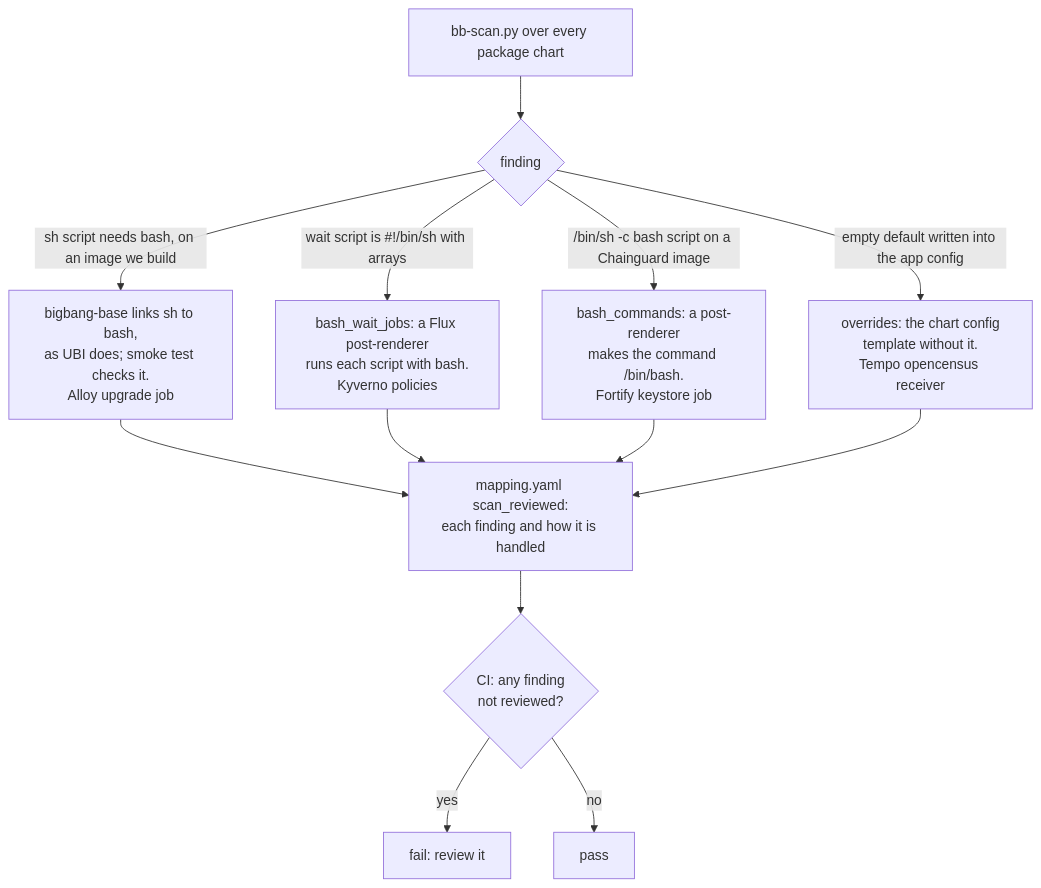
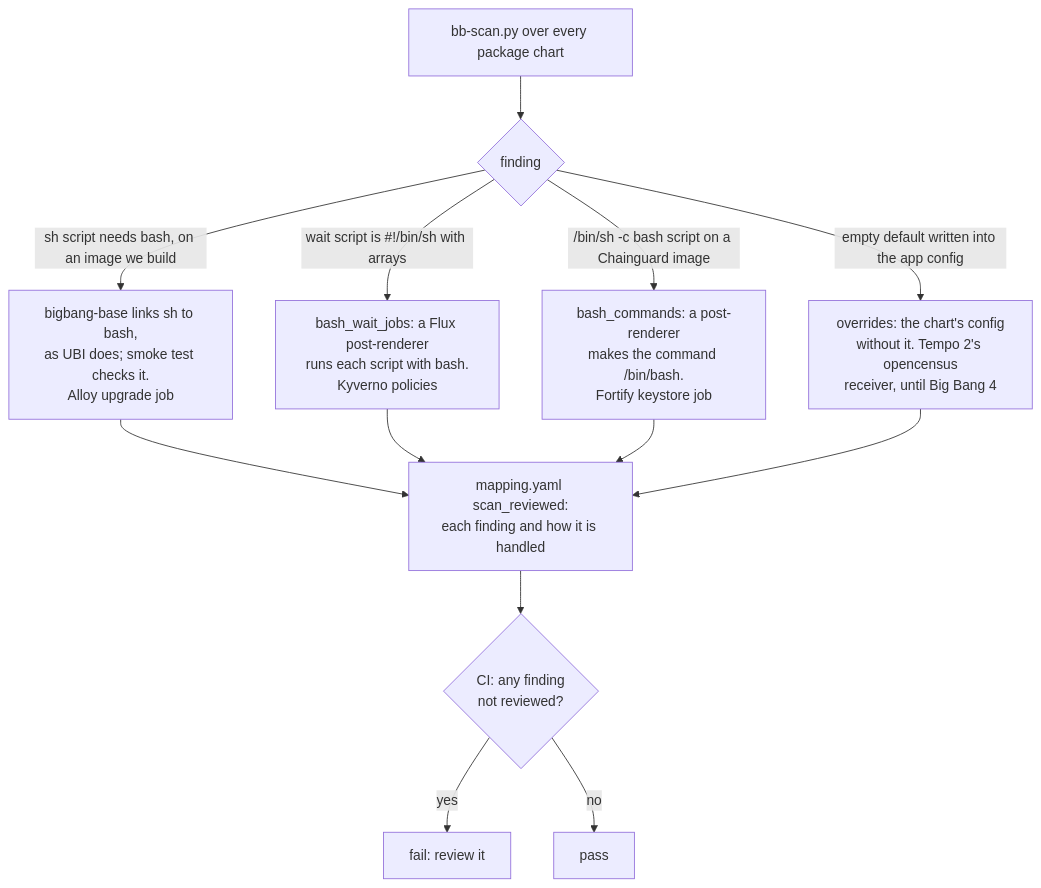
Before and after one commit to Zapata-Technology/bigbang-chainguard: the ninth of 9 diagrams in docs/architecture.md, drawn with Mermaid. The commit also changed other lines of this file, not shown here.

First line of the commit message:
architecture: seven builds, kubectl's min_version reason, Tempo workaround gone

````diff
--- a/docs/architecture.md
+++ b/docs/architecture.md
@@ -346,12 +348,12 @@
 ```mermaid
 flowchart TD
     SC[bb-scan.py over every package chart] --> Q{finding}
     Q -->|"sh script needs bash, on an image we build"| B1["bigbang-base links sh to bash,<br/>as UBI does; smoke test checks it.<br/>Alloy upgrade job"]
     Q -->|"wait script is #35;!/bin/sh with arrays"| B2[bash_wait_jobs: a Flux post-renderer<br/>runs each script with bash.<br/>Kyverno policies]
     Q -->|"/bin/sh -c bash script on a Chainguard image"| B3["bash_commands: a post-renderer<br/>makes the command /bin/bash.<br/>Fortify keystore job"]
-    Q -->|"empty default written into the app config"| B4["overrides: the chart config<br/>template without it.<br/>Tempo opencensus receiver"]
+    Q -->|"empty default written into the app config"| B4["overrides: the chart's config<br/>without it. Tempo 2's opencensus<br/>receiver, until Big Bang 4"]
     B1 & B2 & B3 & B4 --> R["mapping.yaml scan_reviewed:<br/>each finding and how it is handled"]
     R --> CI{CI: any finding<br/>not reviewed?}
     CI -- yes --> FAIL[fail: review it]
     CI -- no --> OK[pass]
 ```
````
